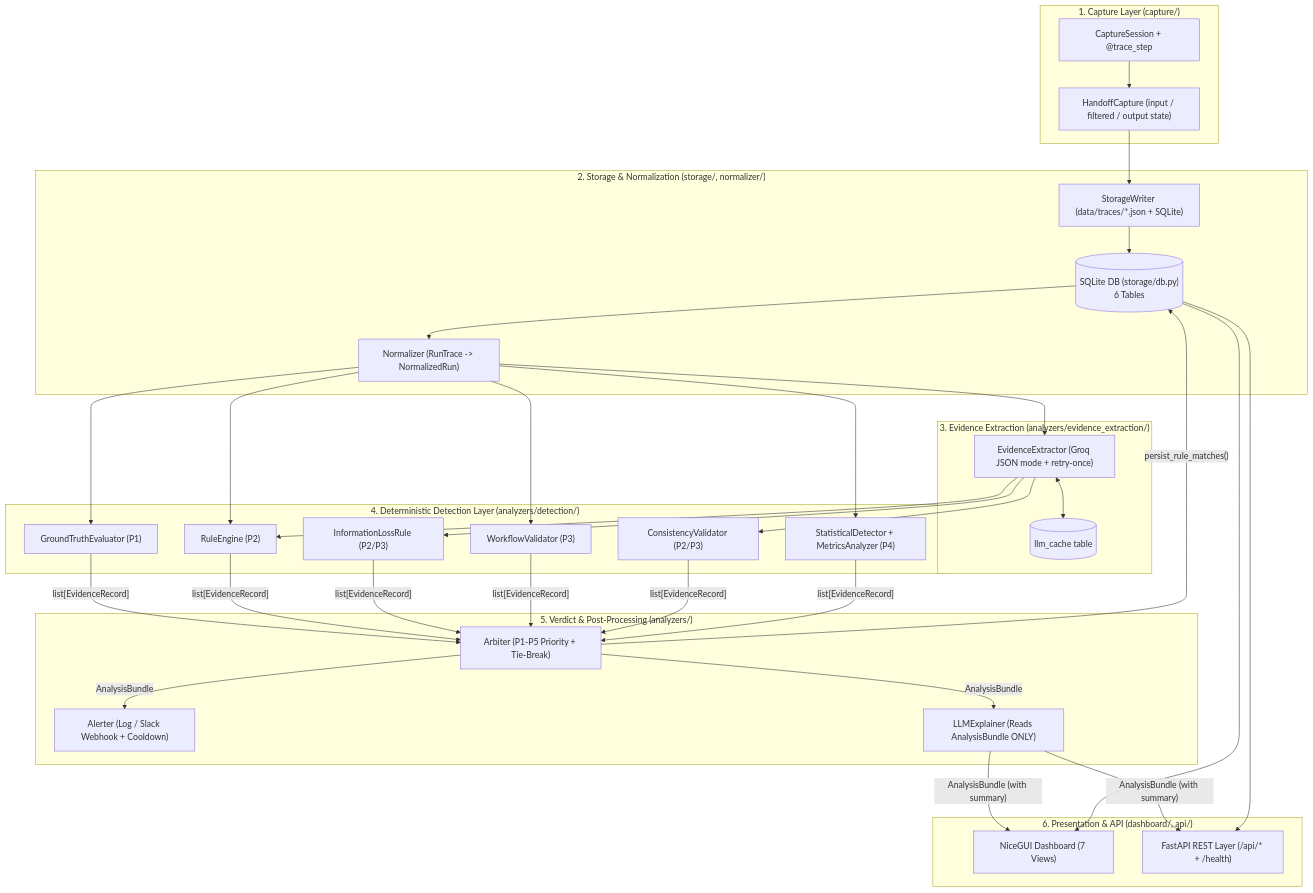
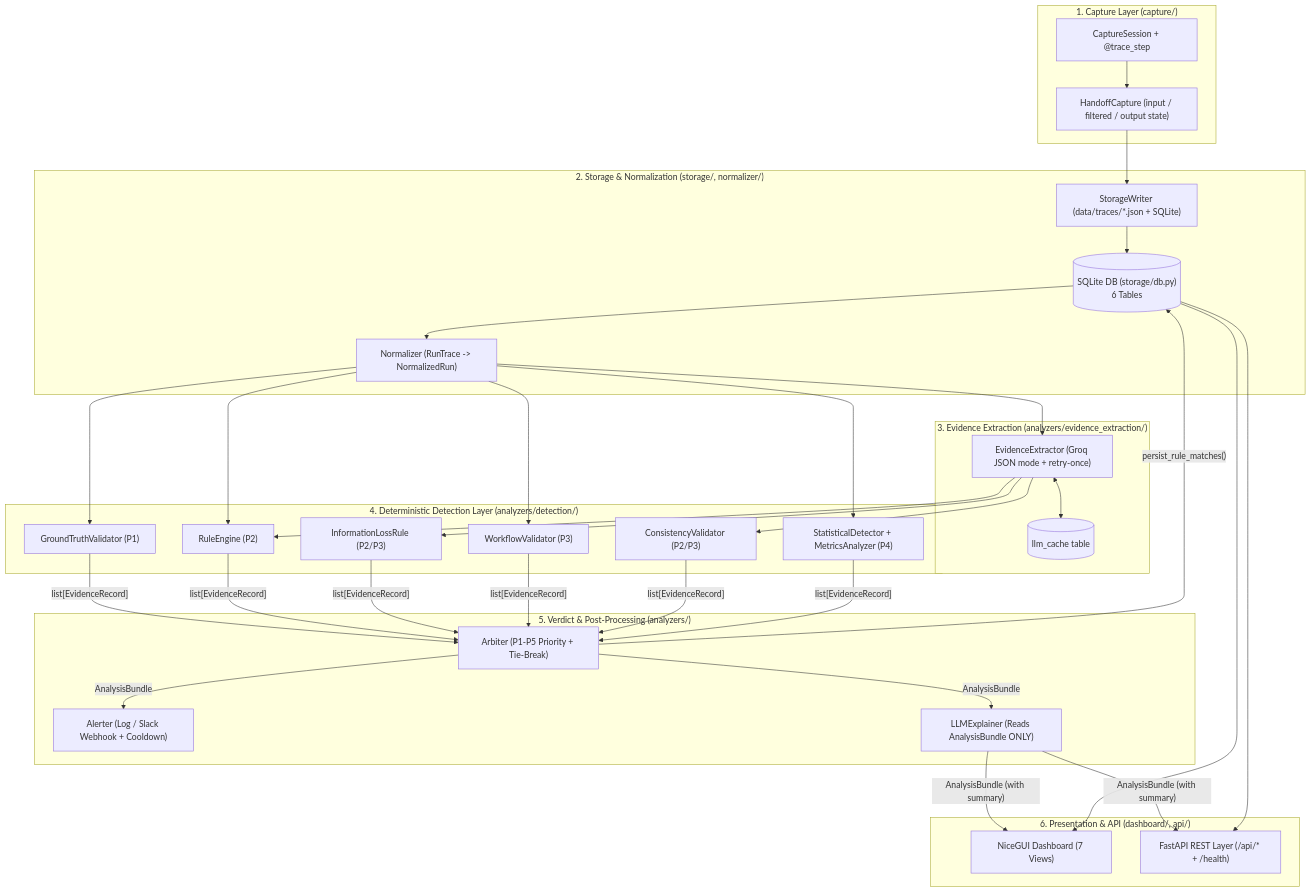
Before and after one commit to Phoenixcoder-6/AgentLens: the first of 2 diagrams in ARCHITECTURE.md, drawn with Mermaid. The commit also changed other lines of this file and 5 other files, not shown here.

````diff
--- a/ARCHITECTURE.md
+++ b/ARCHITECTURE.md
@@ -14,53 +14,53 @@
 ```mermaid
 flowchart TD
     subgraph P1["1. Capture Layer (capture/)"]
         CS["CaptureSession + @trace_step"]
         HC["HandoffCapture (input / filtered / output state)"]
         CS --> HC
     end
 
     subgraph P2["2. Storage & Normalization (storage/, normalizer/)"]
         SW["StorageWriter (data/traces/*.json + SQLite)"]
         NORM["Normalizer (RunTrace -> NormalizedRun)"]
         DB[("SQLite DB (storage/db.py)\n6 Tables")]
     end
 
     subgraph P3["3. Evidence Extraction (analyzers/evidence_extraction/)"]
         EX["EvidenceExtractor (Groq JSON mode + retry-once)"]
         CACHE[("llm_cache table")]
         EX <--> CACHE
     end
 
     subgraph P4["4. Deterministic Detection Layer (analyzers/detection/)"]
-        GT["GroundTruthEvaluator (P1)"]
+        GT["GroundTruthValidator (P1)"]
         RE["RuleEngine (P2)"]
         IL["InformationLossRule (P2/P3)"]
         WV["WorkflowValidator (P3)"]
         CV["ConsistencyValidator (P2/P3)"]
         SD["StatisticalDetector + MetricsAnalyzer (P4)"]
     end
 
     subgraph P5["5. Verdict & Post-Processing (analyzers/)"]
         ARB["Arbiter (P1-P5 Priority + Tie-Break)"]
         ALT["Alerter (Log / Slack Webhook + Cooldown)"]
         EXP["LLMExplainer (Reads AnalysisBundle ONLY)"]
     end
 
     subgraph P6["6. Presentation & API (dashboard/, api/)"]
         UI["NiceGUI Dashboard (7 Views)"]
         API["FastAPI REST Layer (/api/* + /health)"]
     end
 
     HC --> SW
     SW --> DB
     DB --> NORM
     NORM --> EX
     NORM --> GT & RE & WV & SD
     EX --> RE & IL & CV
     GT & RE & IL & WV & CV & SD -->|"list[EvidenceRecord]"| ARB
     ARB -->|"AnalysisBundle"| ALT
     ARB -->|"AnalysisBundle"| EXP
     ARB -->|"persist_rule_matches()"| DB
     EXP -->|"AnalysisBundle (with summary)"| UI & API
     DB --> UI & API
 ```
````
